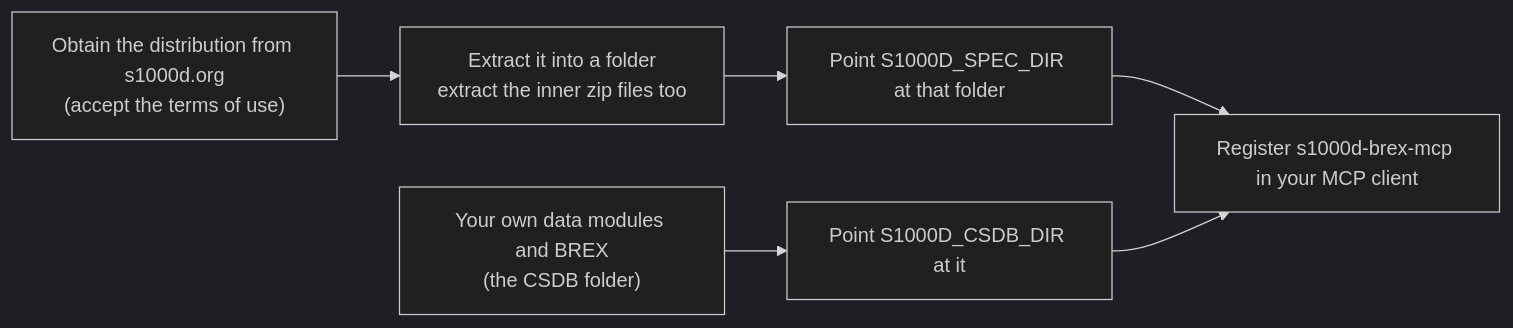
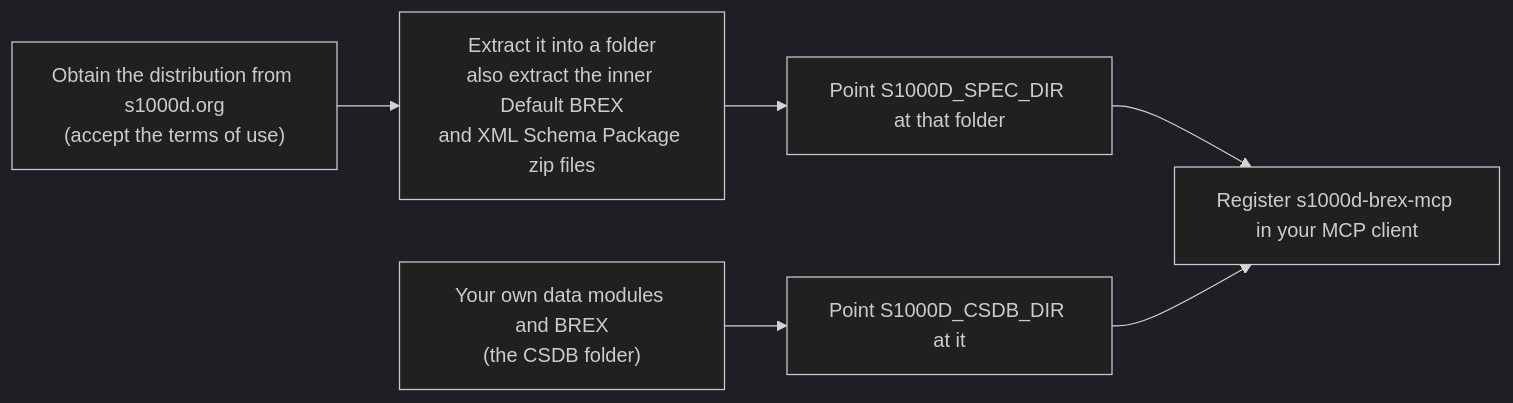
One commit to shuji-bonji/s1000d-stack changed the diagram in site/src/content/docs/guide/getting-started.md. Above: the diagram before and after it, drawn with Mermaid (dark theme). The commit also changed other lines of this file and 29 other files, not shown here.

````diff
--- a/site/src/content/docs/guide/getting-started.md
+++ b/site/src/content/docs/guide/getting-started.md
@@ -10,8 +10,8 @@
 ```mermaid
 flowchart LR
-  A["Obtain the distribution from s1000d.org<br/>(accept the terms of use)"] --> B["Extract it into a folder<br/>extract the inner zip files too"]
+  A["Obtain the distribution from s1000d.org<br/>(accept the terms of use)"] --> B["Extract it into a folder<br/>also extract the inner Default BREX<br/>and XML Schema Package zip files"]
   B --> C["Point S1000D_SPEC_DIR at that folder"]
   D["Your own data modules and BREX<br/>(the CSDB folder)"] --> E["Point S1000D_CSDB_DIR at it"]
   C --> F["Register s1000d-brex-mcp in your MCP client"]
   E --> F
 ```
````
